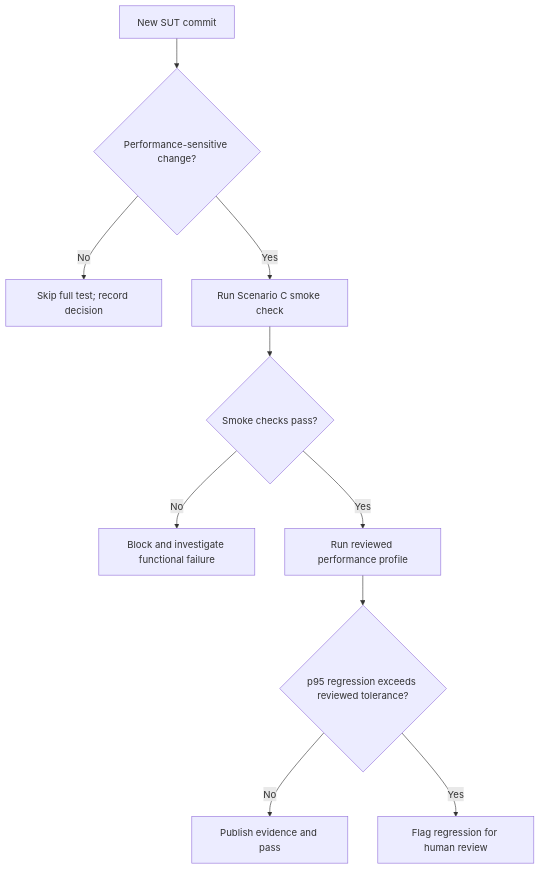
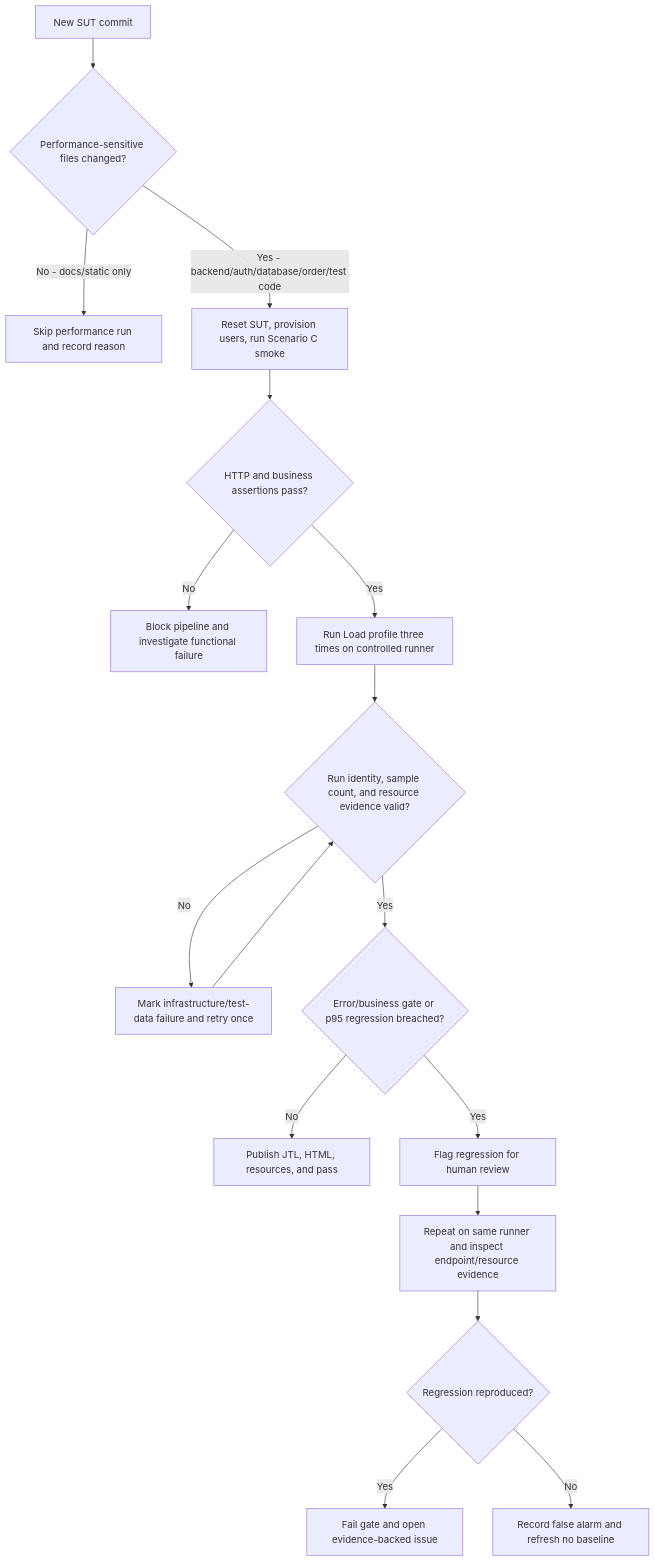
The diagram in HW05/reports/continuous-performance-proposal.md (nhphunng/SoftwareTesting-Homework), drawn with Mermaid before and after one commit. The commit also changed other lines of this file and 10 other files, not shown here.

````diff
--- a/HW05/reports/continuous-performance-proposal.md
+++ b/HW05/reports/continuous-performance-proposal.md
@@ -7,12 +5,19 @@
 ```mermaid
 flowchart TD
-    COMMIT["New SUT commit"] --> CLASSIFY{"Performance-sensitive change?"}
-    CLASSIFY -->|"No"| SKIP["Skip full test; record decision"]
-    CLASSIFY -->|"Yes"| SMOKE["Run Scenario C smoke check"]
-    SMOKE --> GATE{"Smoke checks pass?"}
-    GATE -->|"No"| BLOCK["Block and investigate functional failure"]
-    GATE -->|"Yes"| PERF["Run reviewed performance profile"]
-    PERF --> COMPARE{"p95 regression exceeds reviewed tolerance?"}
-    COMPARE -->|"No"| PASS["Publish evidence and pass"]
+    COMMIT["New SUT commit"] --> CLASSIFY{"Performance-sensitive files changed?"}
+    CLASSIFY -->|"No - docs/static only"| SKIP["Skip performance run and record reason"]
+    CLASSIFY -->|"Yes - backend/auth/database/order/test code"| SMOKE["Reset SUT, provision users, run Scenario C smoke"]
+    SMOKE --> FUNCTIONAL{"HTTP and business assertions pass?"}
+    FUNCTIONAL -->|"No"| BLOCK["Block pipeline and investigate functional failure"]
+    FUNCTIONAL -->|"Yes"| LOAD["Run Load profile three times on controlled runner"]
+    LOAD --> VALID{"Run identity, sample count, and resource evidence valid?"}
+    VALID -->|"No"| RETRY["Mark infrastructure/test-data failure and retry once"]
+    VALID -->|"Yes"| COMPARE{"Error/business gate or p95 regression breached?"}
+    RETRY --> VALID
+    COMPARE -->|"No"| PASS["Publish JTL, HTML, resources, and pass"]
     COMPARE -->|"Yes"| REVIEW["Flag regression for human review"]
+    REVIEW --> CONFIRM["Repeat on same runner and inspect endpoint/resource evidence"]
+    CONFIRM --> DECIDE{"Regression reproduced?"}
+    DECIDE -->|"Yes"| FAIL["Fail gate and open evidence-backed issue"]
+    DECIDE -->|"No"| FLAKY["Record false alarm and refresh no baseline"]
 ```
````
